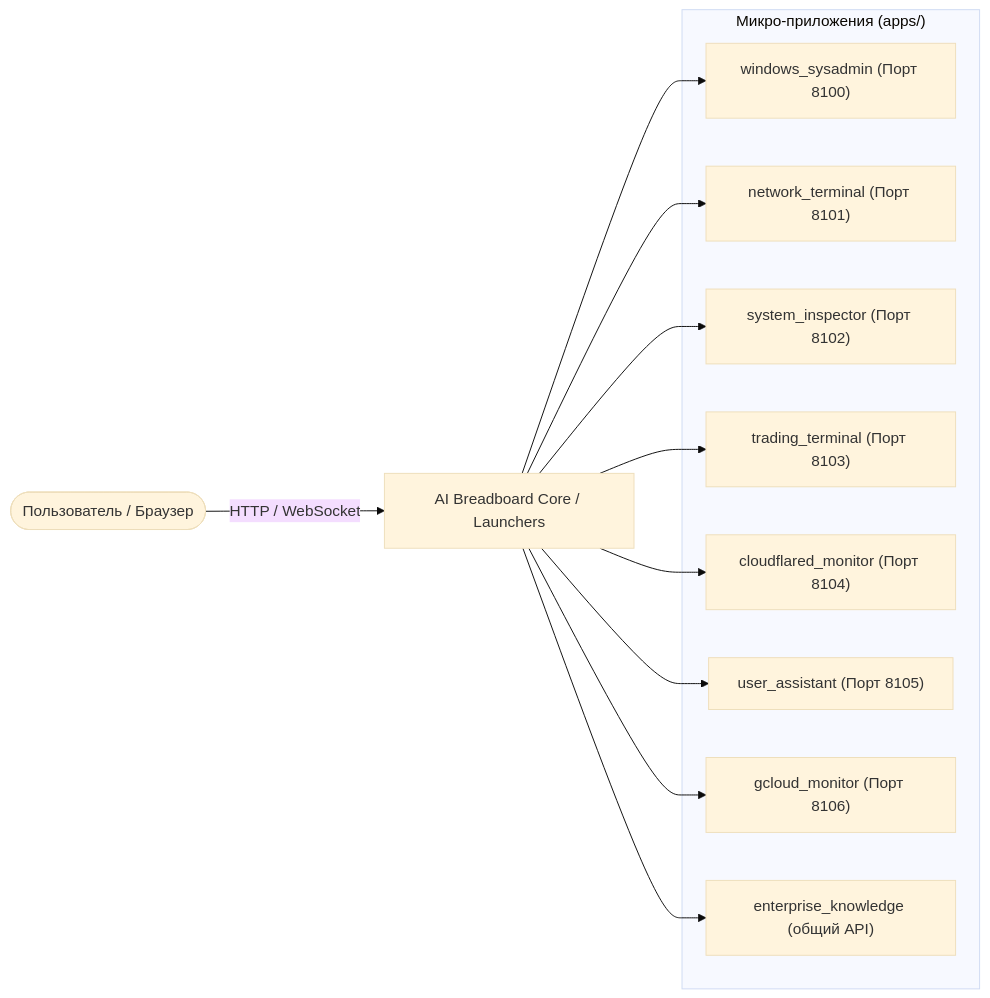
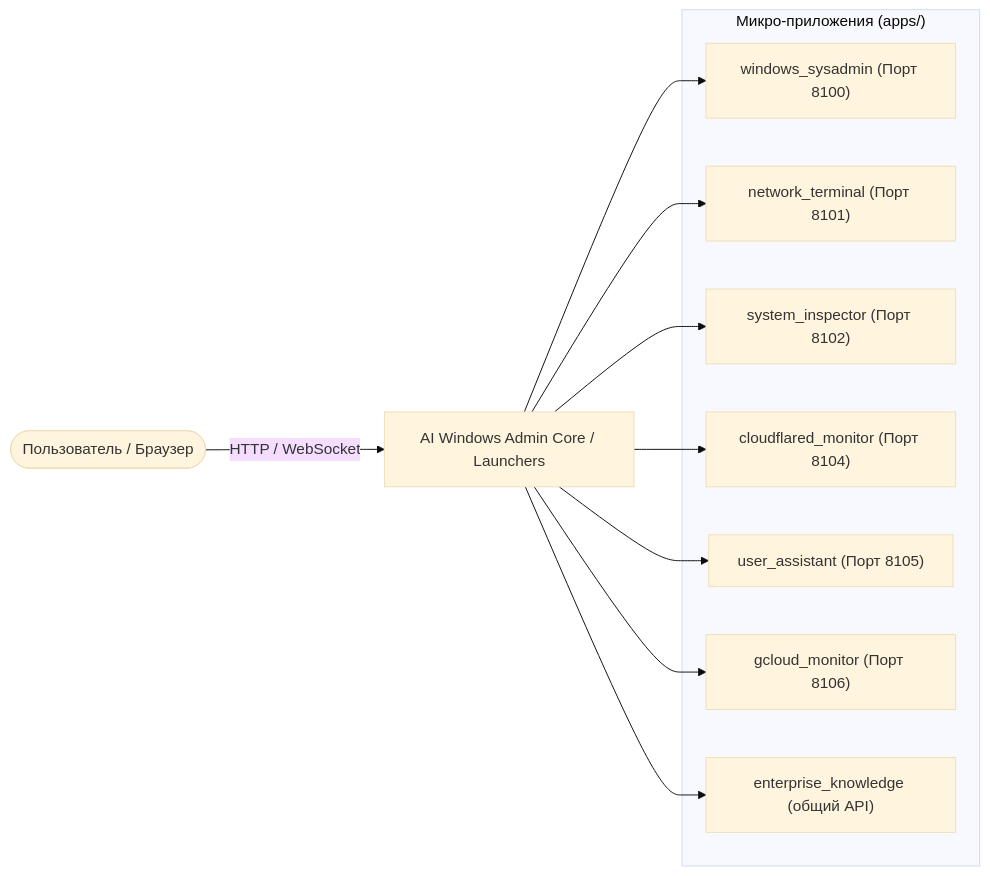
The diagram in docs/ru/apps/index.md (hypo69/AI-TC), drawn with Mermaid (base theme) before and after one commit. The commit also changed other lines of this file and 1672 other files, not shown here.

````diff
--- a/docs/ru/apps/index.md
+++ b/docs/ru/apps/index.md
@@ -13,24 +13,22 @@
 ```mermaid
 graph LR
-    User([Пользователь / Браузер]) -->|HTTP / WebSocket| Gateway[AI Breadboard Core / Launchers]
+    User([Пользователь / Браузер]) -->|HTTP / WebSocket| Gateway[AI Windows Admin Core / Launchers]
     
     subgraph Apps ["Микро-приложения (apps/)"]
         A1["windows_sysadmin (Порт 8100)"]
         A2["network_terminal (Порт 8101)"]
         A3["system_inspector (Порт 8102)"]
-        A4["trading_terminal (Порт 8103)"]
         A5["cloudflared_monitor (Порт 8104)"]
         A6["user_assistant (Порт 8105)"]
         A7["gcloud_monitor (Порт 8106)"]
         A8["enterprise_knowledge (общий API)"]
     end
     
     Gateway --> A1
     Gateway --> A2
     Gateway --> A3
-    Gateway --> A4
     Gateway --> A5
     Gateway --> A6
     Gateway --> A7
     Gateway --> A8
 ```
````
